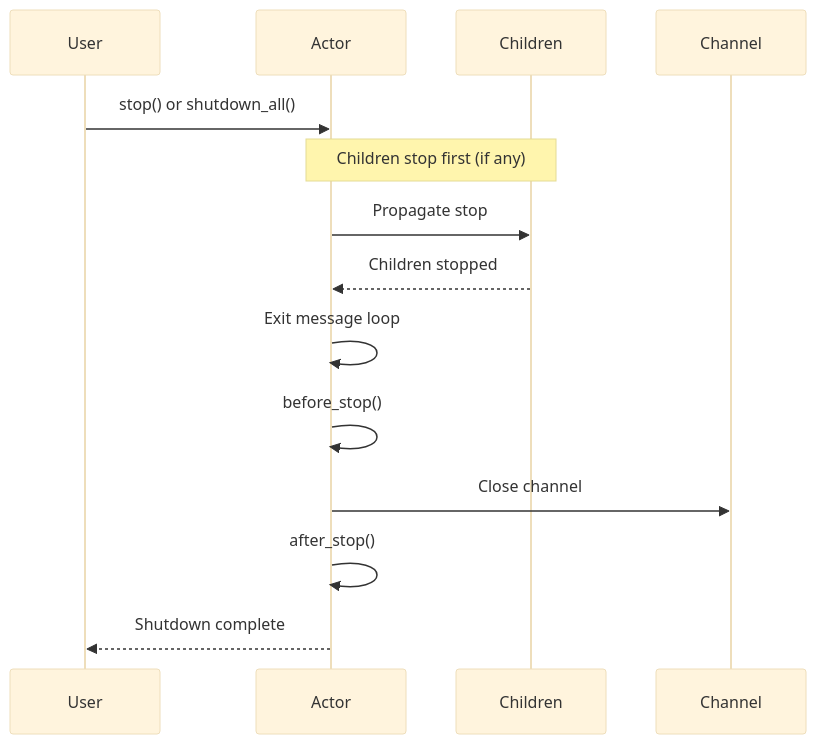
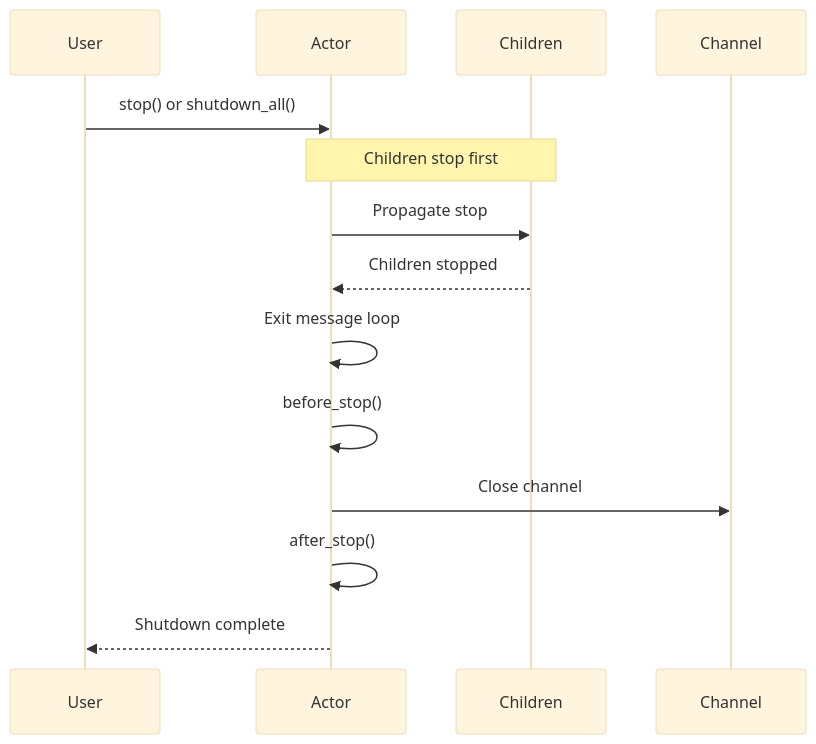
Before and after one commit to Govcraft/acton-reactive: the fourth of 4 diagrams in acton-docs-site/src/app/docs/actor-lifecycle/page.md, drawn with Mermaid (base theme). The commit also changed other lines of this file, not shown here.

First line of the commit message:
fix(docs): use unique participant IDs in lifecycle diagrams

````diff
--- a/acton-docs-site/src/app/docs/actor-lifecycle/page.md
+++ b/acton-docs-site/src/app/docs/actor-lifecycle/page.md
@@ -275,16 +275,16 @@
 ```mermaid
 sequenceDiagram
-    participant U as User
-    participant A as Actor
-    participant Ch as Children
-    participant C as Channel
-    U->>A: stop() or shutdown_all()
-    Note over A,Ch: Children stop first (if any)
-    A->>Ch: Propagate stop
-    Ch-->>A: Children stopped
-    A->>A: Exit message loop
-    A->>A: before_stop()
-    A->>C: Close channel
-    A->>A: after_stop()
-    A-->>U: Shutdown complete
+    participant SD_U as User
+    participant SD_A as Actor
+    participant SD_Ch as Children
+    participant SD_C as Channel
+    SD_U->>SD_A: stop() or shutdown_all()
+    Note over SD_A,SD_Ch: Children stop first
+    SD_A->>SD_Ch: Propagate stop
+    SD_Ch-->>SD_A: Children stopped
+    SD_A->>SD_A: Exit message loop
+    SD_A->>SD_A: before_stop()
+    SD_A->>SD_C: Close channel
+    SD_A->>SD_A: after_stop()
+    SD_A-->>SD_U: Shutdown complete
 ```
````
